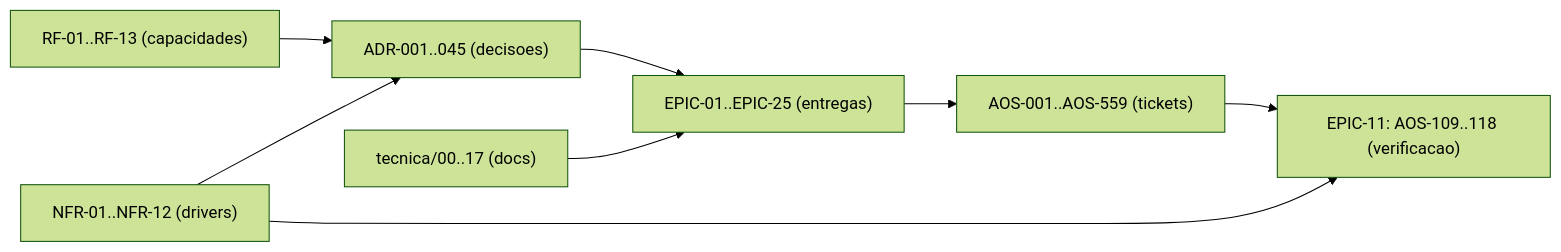
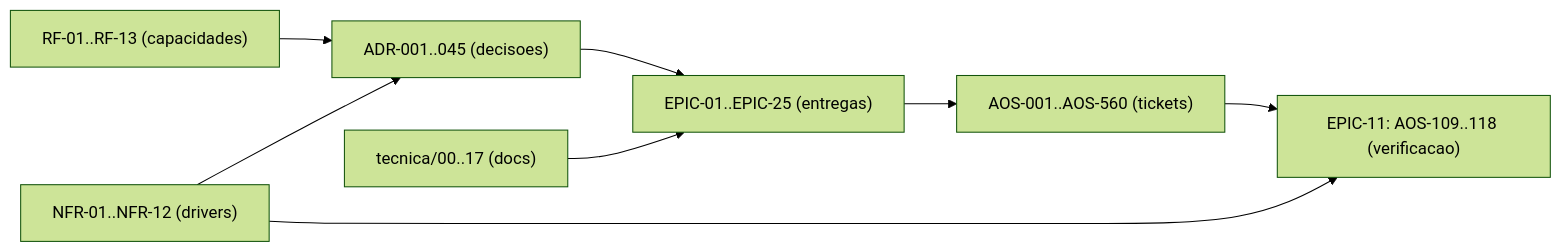
One commit to albinoJimy/aos changed the diagram in tecnica/16_Rastreabilidade_RTM.md. Above: the diagram before and after it, drawn with Mermaid (forest theme). The commit also changed other lines of this file and 8 other files, not shown here.

````diff
--- a/tecnica/16_Rastreabilidade_RTM.md
+++ b/tecnica/16_Rastreabilidade_RTM.md
@@ -215,10 +215,10 @@
 ```mermaid
 flowchart LR
     RF["RF-01..RF-13 (capacidades)"] --> ADR["ADR-001..045 (decisoes)"]
     NFR["NFR-01..NFR-12 (drivers)"] --> ADR
     ADR --> EPIC["EPIC-01..EPIC-25 (entregas)"]
-    EPIC --> TICK["AOS-001..AOS-559 (tickets)"]
+    EPIC --> TICK["AOS-001..AOS-560 (tickets)"]
     DOC["tecnica/00..17 (docs)"] --> EPIC
     TICK --> TEST["EPIC-11: AOS-109..118 (verificacao)"]
     NFR --> TEST
 ```
````
